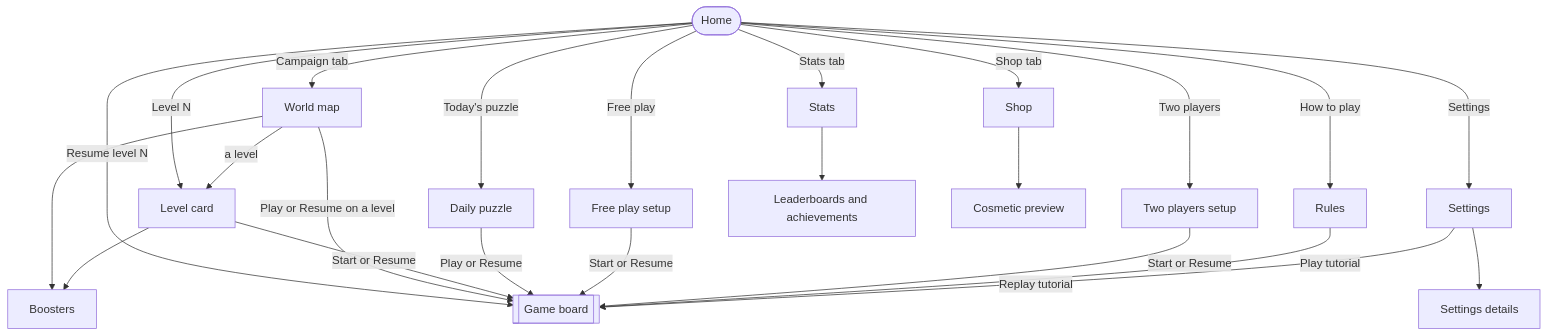
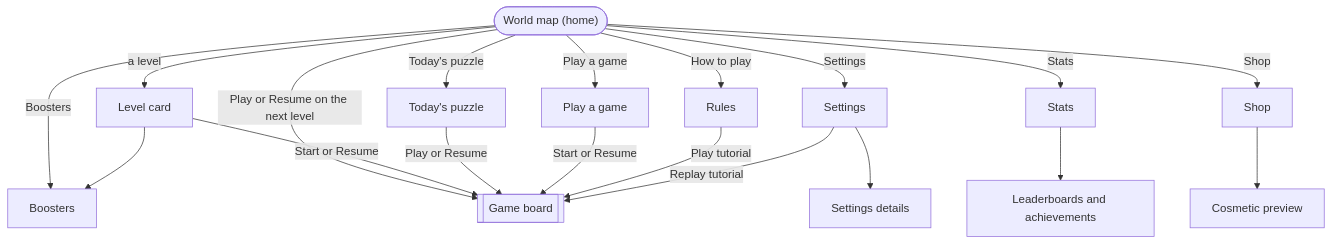
One commit to Pavelya/dots changed the first of 3 diagrams in docs/design/flows.md. Above: the diagram before and after it, drawn with Mermaid. The commit also changed other lines of this file, not shown here.

First line of the commit message:
D-13: the map is home, no tab bar

````diff
--- a/docs/design/flows.md
+++ b/docs/design/flows.md
@@ -26,43 +29,36 @@
 ```mermaid
 flowchart TD
-    home(["Home"])
-    map["World map"]
+    map(["World map (home)"])
     card["Level card"]
     boosters["Boosters"]
-    daily["Daily puzzle"]
-    freeSetup["Free play setup"]
-    twoSetup["Two players setup"]
+    daily["Today's puzzle"]
+    play["Play a game"]
     rules["Rules"]
     settings["Settings"]
     details["Settings details"]
     stats["Stats"]
     ranks["Leaderboards and achievements"]
     shop["Shop"]
     preview["Cosmetic preview"]
     board[["Game board"]]
 
-    home -->|"Campaign tab"| map
-    home -->|"Level N"| card
-    home -->|"Resume level N"| board
-    home -->|"Today's puzzle"| daily
-    home -->|"Free play"| freeSetup
-    home -->|"Two players"| twoSetup
-    home -->|"How to play"| rules
-    home -->|"Settings"| settings
-    home -->|"Stats tab"| stats
-    home -->|"Shop tab"| shop
+    map -->|"a level"| card
+    map -->|"Play or Resume on the next level"| board
+    map -->|"Today's puzzle"| daily
+    map -->|"Play a game"| play
+    map -->|"How to play"| rules
+    map -->|"Boosters"| boosters
+    map -->|"Settings"| settings
+    map -->|"Stats"| stats
+    map -->|"Shop"| shop
 
-    map -->|"a level"| card
-    map -->|"Play or Resume on a level"| board
-    map --> boosters
     card --> boosters
     card -->|"Start or Resume"| board
     daily -->|"Play or Resume"| board
-    freeSetup -->|"Start or Resume"| board
-    twoSetup -->|"Start or Resume"| board
+    play -->|"Start or Resume"| board
     rules -->|"Play tutorial"| board
     settings -->|"Replay tutorial"| board
     settings --> details
     stats --> ranks
     shop --> preview
 ```
````
